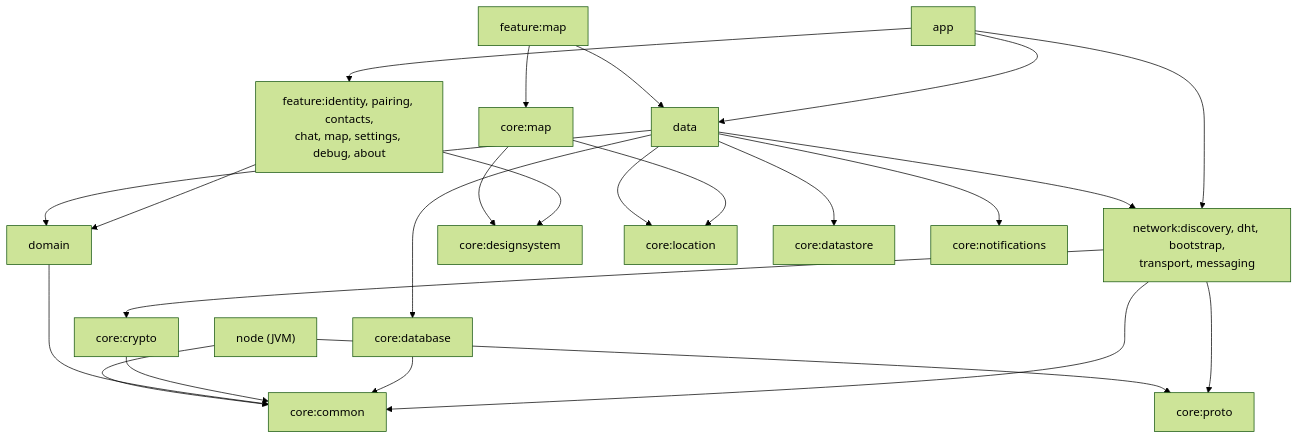
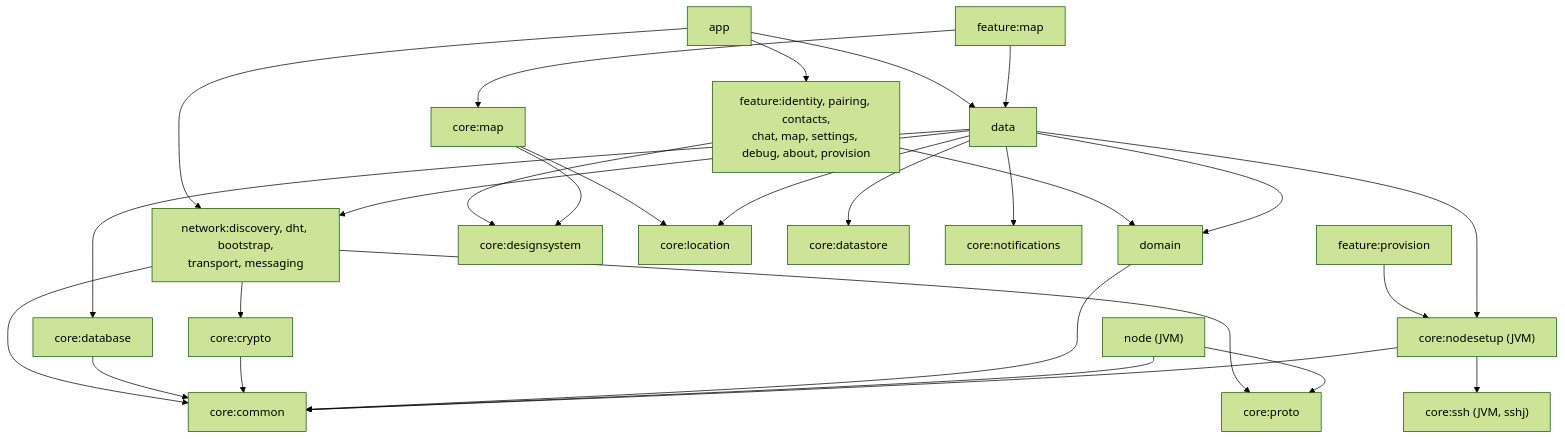
Before and after one commit to 0xAsghar/vMessenger: the third of 4 diagrams in docs/Architecture.md, drawn with Mermaid (forest theme). The commit also changed other lines of this file and 15 other files, not shown here.

````diff
--- a/docs/Architecture.md
+++ b/docs/Architecture.md
@@ -165,26 +165,30 @@
 ```mermaid
 flowchart TD
-  app["app"] --> features["feature:identity, pairing, contacts,<br/>chat, map, settings, debug, about"]
+  app["app"] --> features["feature:identity, pairing, contacts,<br/>chat, map, settings, debug, about, provision"]
   app --> network["network:discovery, dht, bootstrap,<br/>transport, messaging"]
   app --> coredata["data"]
   features --> domain["domain"]
   features --> designsystem["core:designsystem"]
   featmap["feature:map"] --> coremap["core:map"]
   featmap --> coredata
   coremap --> designsystem
   coremap --> corelocation["core:location"]
   coredata --> domain
   coredata --> database["core:database"]
   coredata --> datastore["core:datastore"]
   coredata --> corelocation
   coredata --> notifications["core:notifications"]
   coredata --> network
   network --> crypto["core:crypto"]
   network --> proto["core:proto"]
   network --> common["core:common"]
   database --> common
   crypto --> common
   domain --> common
   node["node (JVM)"] --> proto
   node --> common
+  featprov["feature:provision"] --> nodesetup["core:nodesetup (JVM)"]
+  coredata --> nodesetup
+  nodesetup --> ssh["core:ssh (JVM, sshj)"]
+  nodesetup --> common
 ```
````
